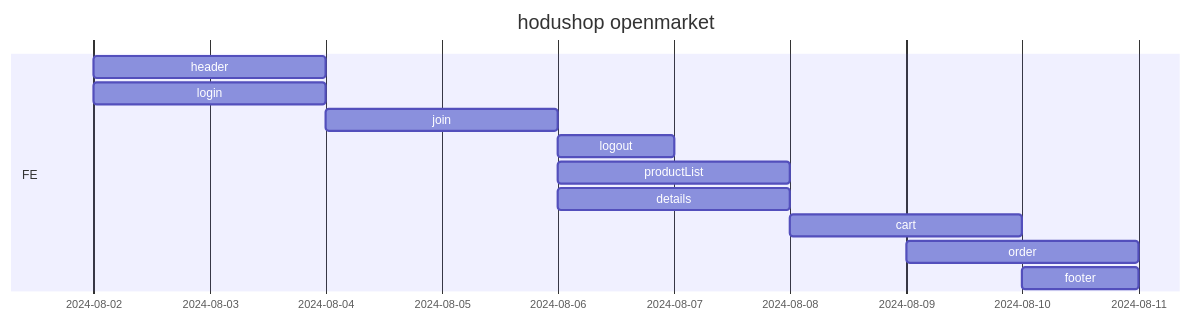
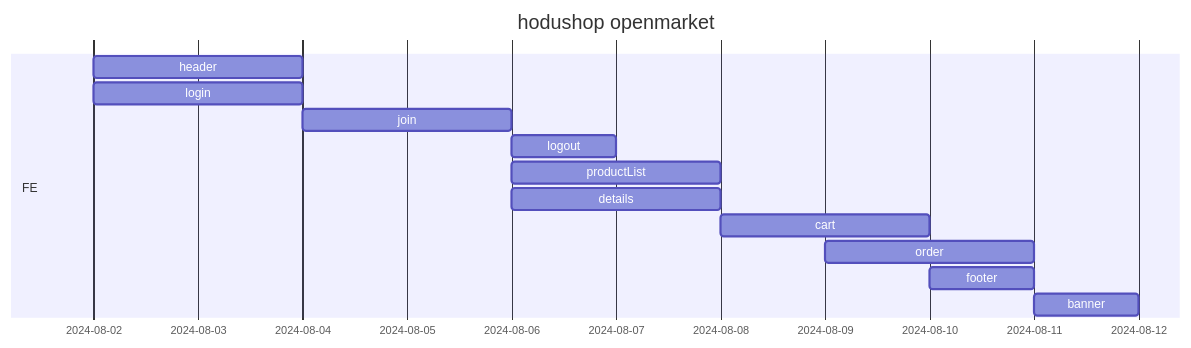
One commit to gustn1029/openMarket changed diagram 12 of 12 in README.md. Above: the diagram before and after it, drawn with Mermaid.

Commit message:
리드미 변경

````diff
--- a/README.md
+++ b/README.md
@@ -272,15 +272,16 @@
 ```mermaid
 gantt
     title hodushop openmarket
     dateFormat YY-MM-DD
     section FE
         header    :2024-08-02, 2d
         login    :2024-08-02, 2d
         join     :2024-08-04, 2d
         logout     :2024-08-06, 1d
         productList     :2024-08-06, 2d
         details     :2024-08-06, 2d
         cart     :2024-08-08, 2d
         order     :2024-08-09, 2d
         footer     :2024-08-10, 1d
+        banner     :2024-08-11, 1d
 ```
````
